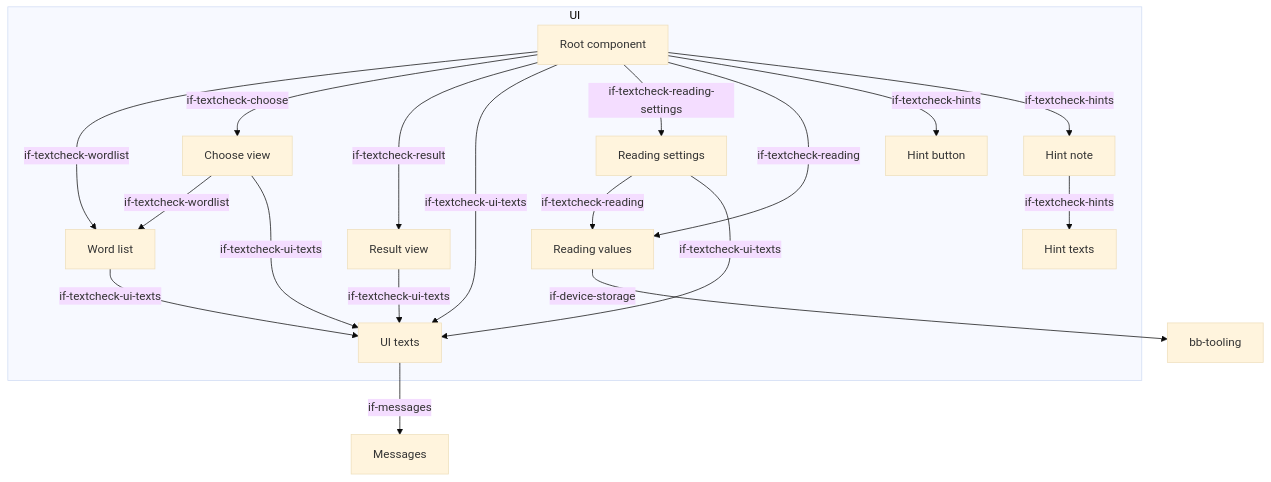
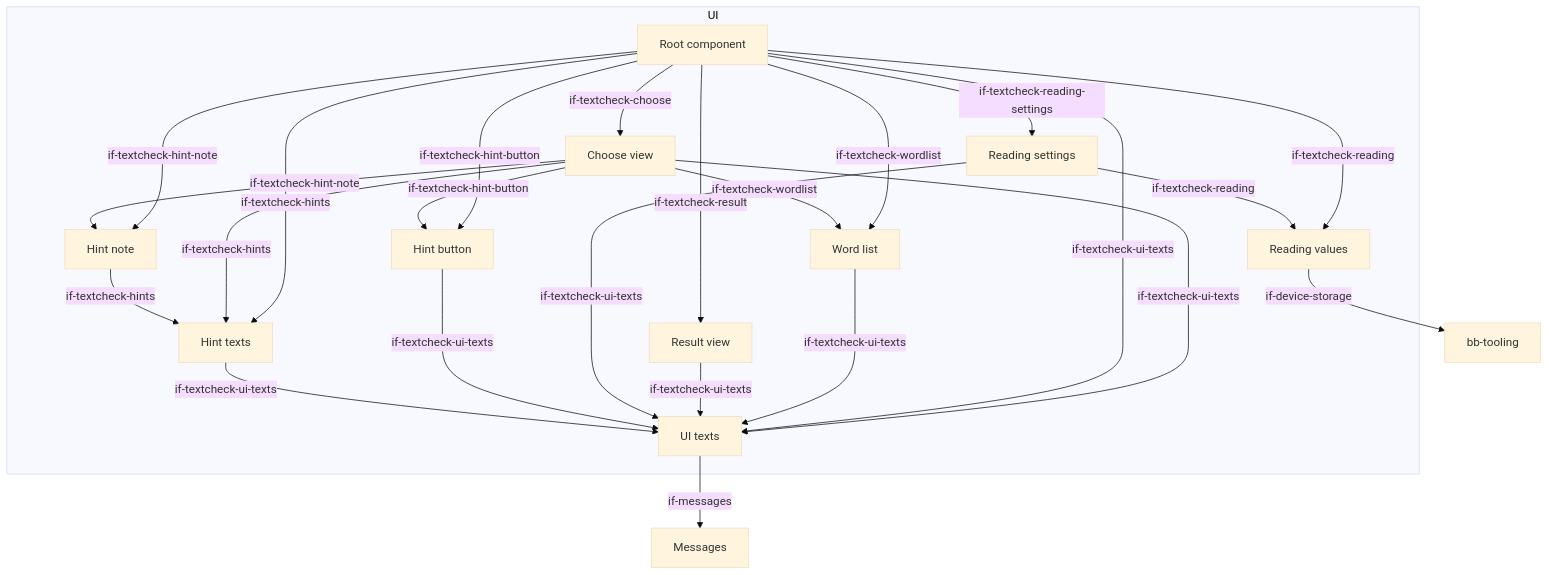
Before and after one commit to mrsimpson/textcheck: the fifth of 6 diagrams in docs/arc42/05-building-blocks.arc42.md, drawn with Mermaid (base theme). The commit also changed other lines of this file and 3 other files, not shown here.

````diff
--- a/docs/arc42/05-building-blocks.arc42.md
+++ b/docs/arc42/05-building-blocks.arc42.md
@@ -879,33 +879,39 @@
 ```mermaid
 flowchart TB
     subgraph bb-interactive-ui["UI"]
         bb-textcheck-root["Root component"]
         bb-textcheck-wordlist["Word list"]
         bb-textcheck-choose["Choose view"]
         bb-textcheck-result["Result view"]
         bb-textcheck-ui-texts["UI texts"]
         bb-textcheck-reading-settings["Reading settings"]
         bb-textcheck-reading["Reading values"]
         bb-textcheck-hint-button["Hint button"]
         bb-textcheck-hint-note["Hint note"]
         bb-textcheck-hints["Hint texts"]
     end
     bb-interactive-messages["Messages"]
     bb-textcheck-root -->|"if-textcheck-wordlist"| bb-textcheck-wordlist
     bb-textcheck-root -->|"if-textcheck-choose"| bb-textcheck-choose
     bb-textcheck-root -->|"if-textcheck-result"| bb-textcheck-result
     bb-textcheck-choose -->|"if-textcheck-wordlist"| bb-textcheck-wordlist
     bb-textcheck-choose -->|"if-textcheck-ui-texts"| bb-textcheck-ui-texts
     bb-textcheck-root -->|"if-textcheck-ui-texts"| bb-textcheck-ui-texts
     bb-textcheck-wordlist -->|"if-textcheck-ui-texts"| bb-textcheck-ui-texts
     bb-textcheck-result -->|"if-textcheck-ui-texts"| bb-textcheck-ui-texts
     bb-textcheck-ui-texts -->|"if-messages"| bb-interactive-messages
     bb-textcheck-root -->|"if-textcheck-reading-settings"| bb-textcheck-reading-settings
     bb-textcheck-root -->|"if-textcheck-reading"| bb-textcheck-reading
     bb-textcheck-reading-settings -->|"if-textcheck-reading"| bb-textcheck-reading
     bb-textcheck-reading-settings -->|"if-textcheck-ui-texts"| bb-textcheck-ui-texts
     bb-textcheck-reading -->|"if-device-storage"| bb-tooling
-    bb-textcheck-root -->|"if-textcheck-hints"| bb-textcheck-hint-button
-    bb-textcheck-root -->|"if-textcheck-hints"| bb-textcheck-hint-note
+    bb-textcheck-root -->|"if-textcheck-hint-button"| bb-textcheck-hint-button
+    bb-textcheck-root -->|"if-textcheck-hint-note"| bb-textcheck-hint-note
+    bb-textcheck-root -->|"if-textcheck-hints"| bb-textcheck-hints
+    bb-textcheck-choose -->|"if-textcheck-hint-button"| bb-textcheck-hint-button
+    bb-textcheck-choose -->|"if-textcheck-hint-note"| bb-textcheck-hint-note
+    bb-textcheck-choose -->|"if-textcheck-hints"| bb-textcheck-hints
     bb-textcheck-hint-note -->|"if-textcheck-hints"| bb-textcheck-hints
+    bb-textcheck-hint-button -->|"if-textcheck-ui-texts"| bb-textcheck-ui-texts
+    bb-textcheck-hints -->|"if-textcheck-ui-texts"| bb-textcheck-ui-texts
 ```
````
